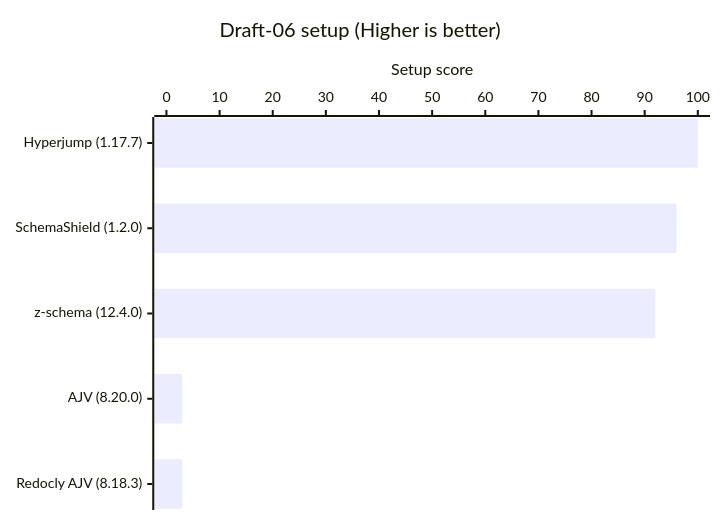
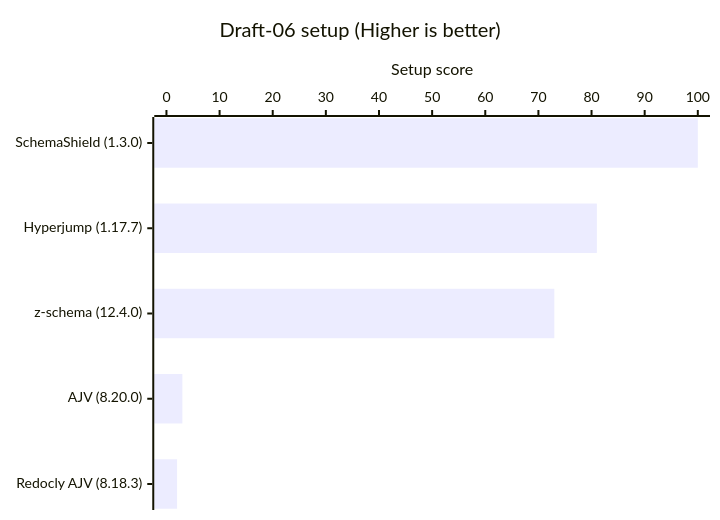
The second of 8 diagrams in README.md (Masquerade-Circus/json-schema-validator-bench), drawn with Mermaid before and after one commit. The commit also changed other lines of this file and 238 other files, not shown here.

````diff
--- a/README.md
+++ b/README.md
@@ -121,7 +121,7 @@
 ```mermaid
 xychart horizontal
     title "Draft-06 setup (Higher is better)"
-    x-axis ["Hyperjump (1.17.7)", "SchemaShield (1.2.0)", "z-schema (12.4.0)", "AJV (8.20.0)", "Redocly AJV (8.18.3)"]
+    x-axis ["SchemaShield (1.3.0)", "Hyperjump (1.17.7)", "z-schema (12.4.0)", "AJV (8.20.0)", "Redocly AJV (8.18.3)"]
     y-axis "Setup score" 0 --> 100
-    bar [100, 96, 92, 3, 3]
+    bar [100, 81, 73, 3, 2]
 ```
````
